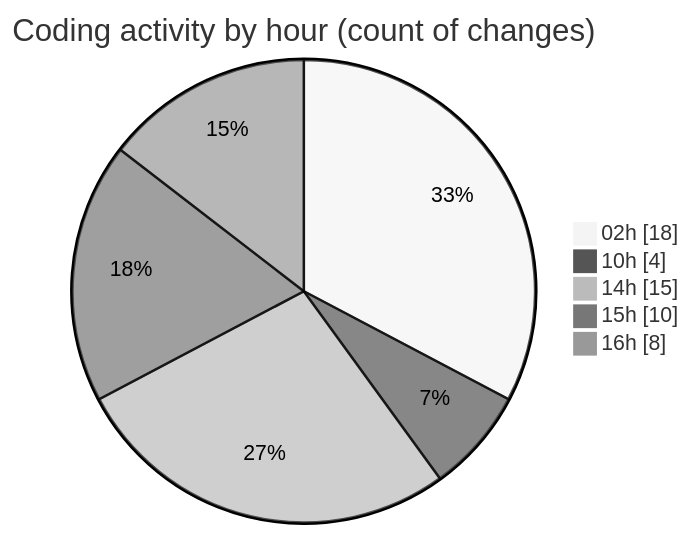
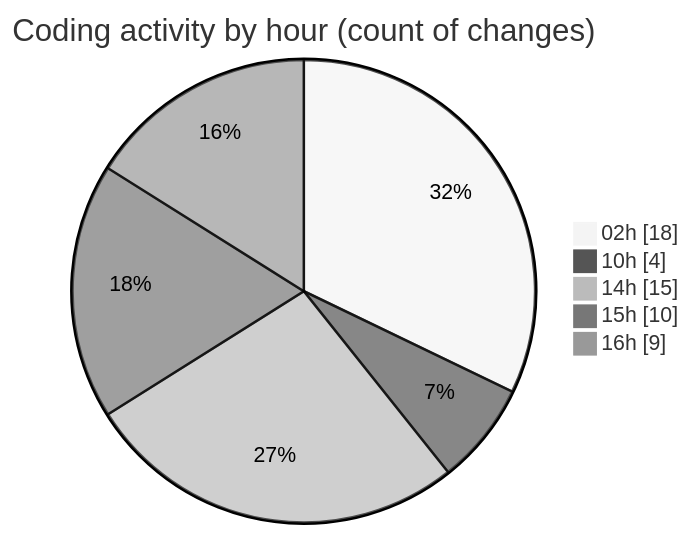
The second of 2 diagrams in 2025-10-15/eventscop-frontend-guide__workspace_/README.md (julien-gomy/code-tracking), drawn with Mermaid (neutral theme) before and after one commit. The commit also changed other lines of this file and 1 other file, not shown here.

````diff
--- a/2025-10-15/eventscop-frontend-guide__workspace_/README.md
+++ b/2025-10-15/eventscop-frontend-guide__workspace_/README.md
@@ -42,9 +43,9 @@
 ```mermaid
 pie showData
 title Coding activity by hour (count of changes)
 "02h" : 18
 "10h" : 4
 "14h" : 15
 "15h" : 10
-"16h" : 8
+"16h" : 9
 ```
````
